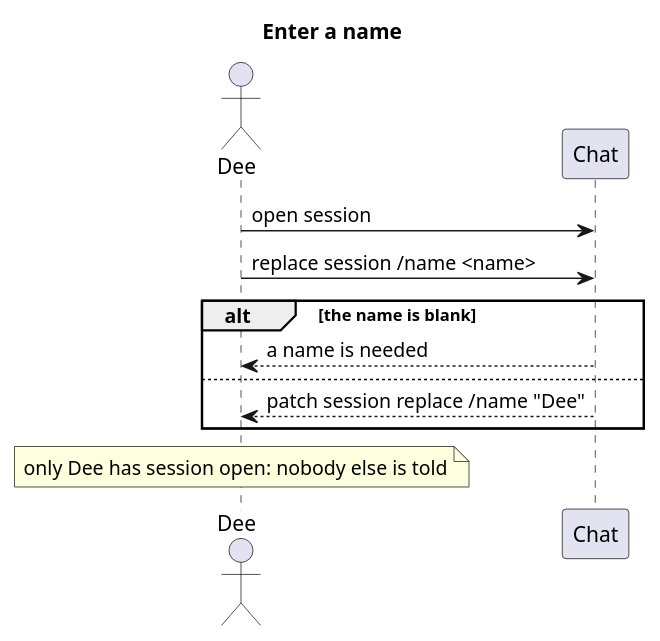
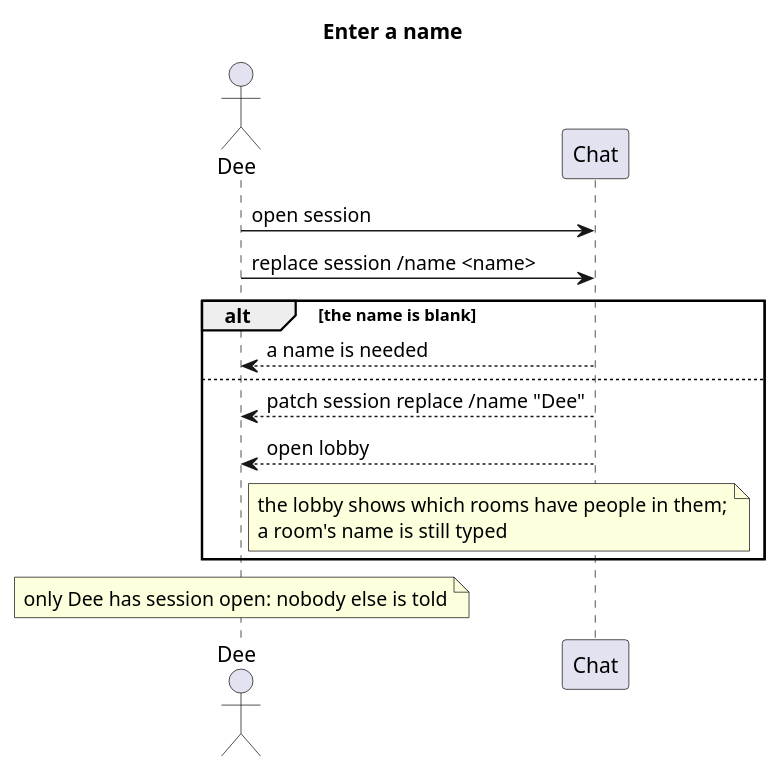
Before and after one commit to blueshed/dzql: the diagram in uml/src/seq-enter-a-name.puml, drawn with PlantUML. The commit also changed 5 other files, not shown here.

Commit message:
uml: the lobby, a transient document -- the rooms with people in them now; opened once you have a name, changed only as an effect (a room gains its first person, a room loses its last), never written

```diff
--- a/uml/src/seq-enter-a-name.puml
+++ b/uml/src/seq-enter-a-name.puml
@@ -1,14 +1,16 @@
 @startuml
 title Enter a name
 actor "Dee" as dee
 participant "Chat" as app
 
 dee -> app : open session
 dee -> app : replace session /name <name>
 alt the name is blank
   app --> dee : a name is needed
 else
   app --> dee : patch session replace /name "Dee"
+  app --> dee : open lobby
+  note right of dee : the lobby shows which rooms have people in them;\na room's name is still typed
 end
 note over dee : only Dee has session open: nobody else is told
 @enduml
```
